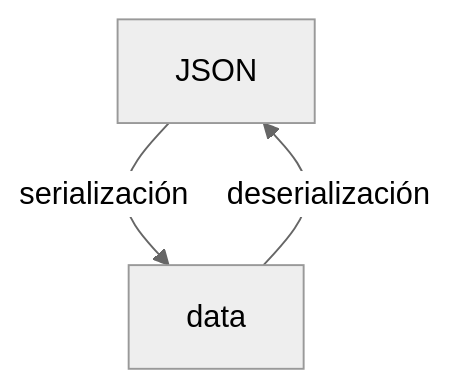
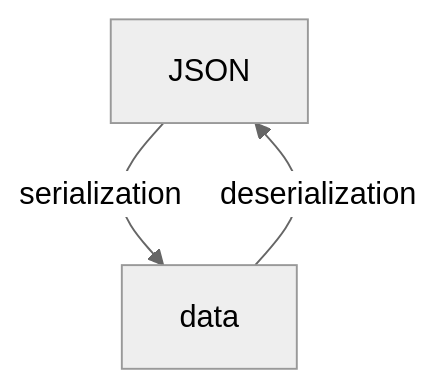
One commit to EduardoZepeda/coffee-bytes-hugo changed the first of 5 diagrams in content/posts/software-architecture/que-es-grpc-y-para-que-sirven-los-protobuffers/index.en.md. Above: the diagram before and after it, drawn with Mermaid (neutral theme). The commit also changed other lines of this file and 3 other files, not shown here.

````diff
--- a/content/posts/software-architecture/que-es-grpc-y-para-que-sirven-los-protobuffers/index.en.md
+++ b/content/posts/software-architecture/que-es-grpc-y-para-que-sirven-los-protobuffers/index.en.md
@@ -73,5 +61,5 @@
-``` mermaid
+```mermaid
 graph TD;
-    JSON-- serialización -->data;
-    data-- deserialización -->JSON;
+    JSON-- serialization -->data;
+    data-- deserialization -->JSON;
 ```
````
